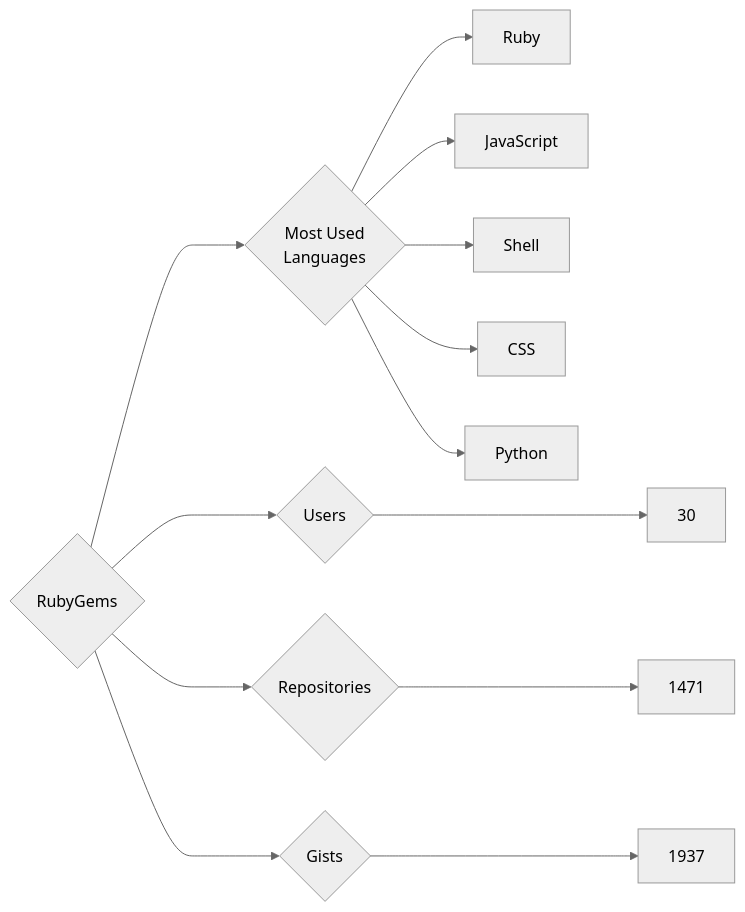
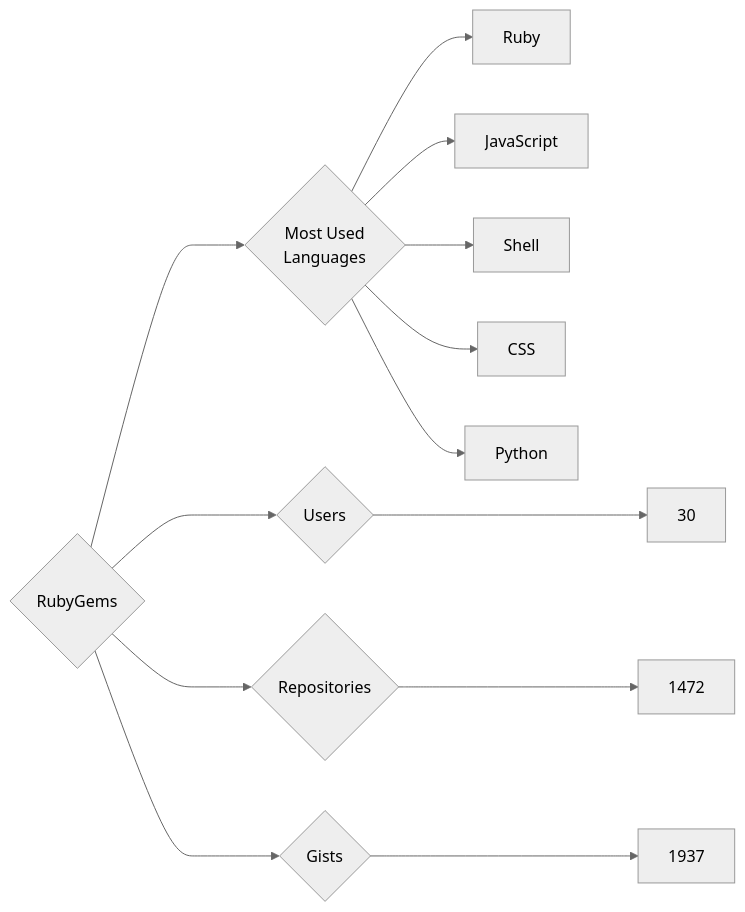
The diagram in targets/RubyGems/README.md (trickest/insiders), drawn with Mermaid (neutral theme) before and after one commit. The commit also changed 860 other files, not shown here.

````diff
--- a/targets/RubyGems/README.md
+++ b/targets/RubyGems/README.md
@@ -3,13 +3,13 @@
 ```mermaid
 graph LR
 COMPANY_NAME{RubyGems}
 COMPANY_NAME ---> U{Users} ---> UN[30]
-COMPANY_NAME ---> R{Repositories} ---> RN[1471]
+COMPANY_NAME ---> R{Repositories} ---> RN[1472]
 COMPANY_NAME ---> G{Gists} ---> GN[1937]
 COMPANY_NAME ---> ML{Most Used<br>Languages}
 ML --> Ruby[Ruby]
 ML --> JavaScript[JavaScript]
 ML --> Shell[Shell]
 ML --> CSS[CSS]
 ML --> Python[Python]
 ```
````
